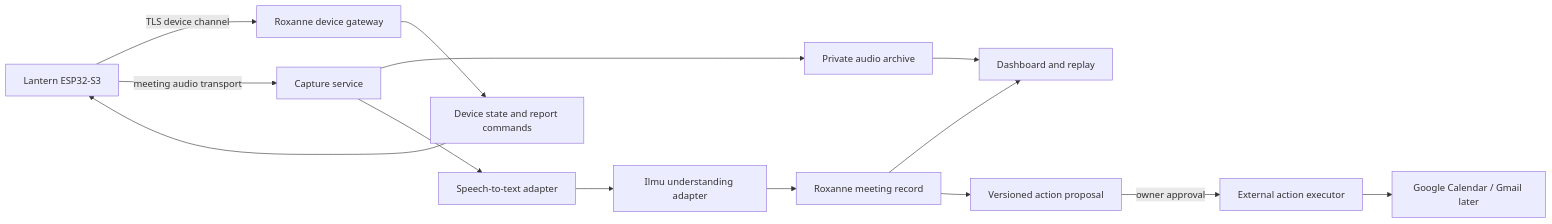
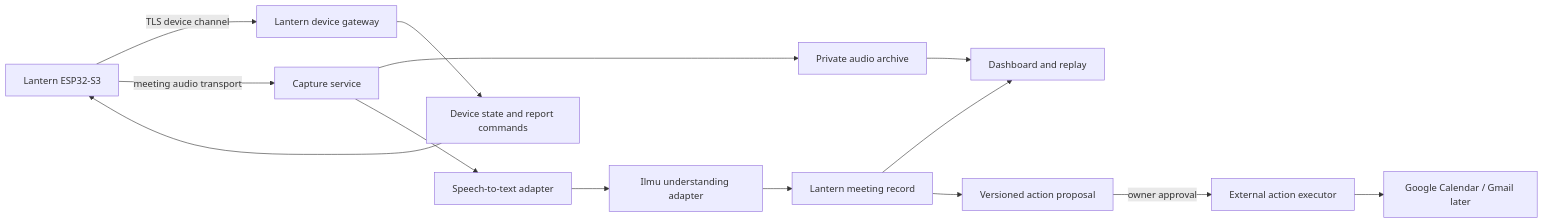
The diagram in LANTERN_SYSTEM_SPEC.md (NathanHor22/Roxanne), drawn with Mermaid before and after one commit. The commit also changed other lines of this file and 82 other files, not shown here.

````diff
--- a/LANTERN_SYSTEM_SPEC.md
+++ b/LANTERN_SYSTEM_SPEC.md
@@ -124,16 +124,16 @@
 ```mermaid
 flowchart LR
-    H[Lantern ESP32-S3] -->|TLS device channel| G[Roxanne device gateway]
+    H[Lantern ESP32-S3] -->|TLS device channel| G[Lantern device gateway]
     H -->|meeting audio transport| C[Capture service]
     C --> A[Private audio archive]
     C --> T[Speech-to-text adapter]
     T --> I[Ilmu understanding adapter]
-    I --> R[Roxanne meeting record]
+    I --> R[Lantern meeting record]
     R --> D[Dashboard and replay]
     R --> P[Versioned action proposal]
     P -->|owner approval| X[External action executor]
     X --> GC[Google Calendar / Gmail later]
     A --> D
     G --> E[Device state and report commands]
     E --> H
 ```
````
